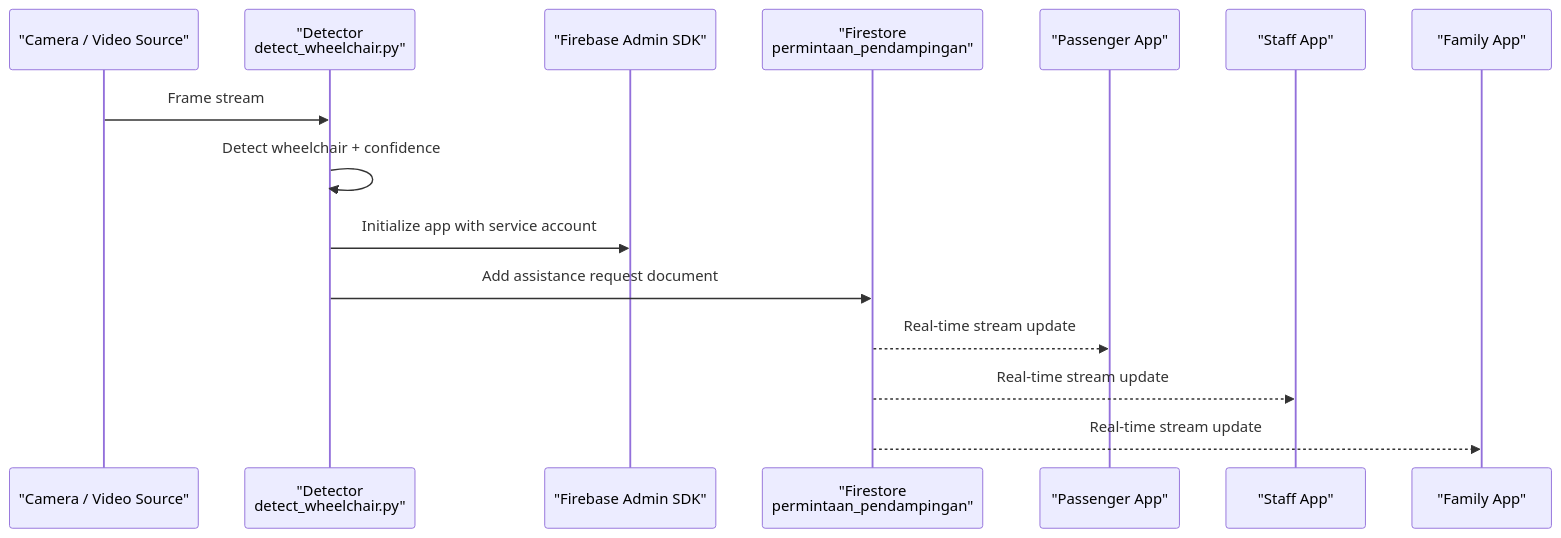
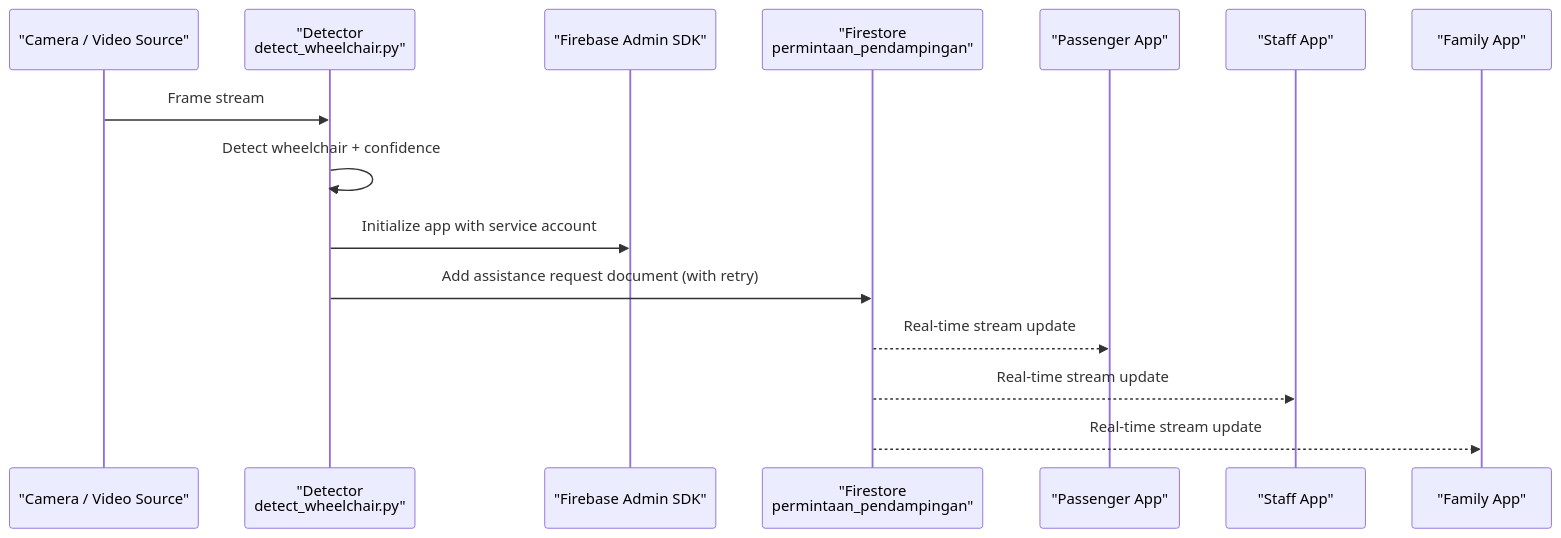
One commit to rdsarjito/whoosh-ramah changed the second of 7 diagrams in .qoder/repowiki/en/content/AI Detection System/Firebase Integration.md. Above: the diagram before and after it, drawn with Mermaid. The commit also changed other lines of this file and 68 other files, not shown here.

````diff
--- a/.qoder/repowiki/en/content/AI Detection System/Firebase Integration.md
+++ b/.qoder/repowiki/en/content/AI Detection System/Firebase Integration.md
@@ -90,17 +100,17 @@
 ```mermaid
 sequenceDiagram
 participant Camera as "Camera / Video Source"
 participant Detector as "Detector<br/>detect_wheelchair.py"
 participant Firebase as "Firebase Admin SDK"
 participant Firestore as "Firestore<br/>permintaan_pendampingan"
 participant PassengerApp as "Passenger App"
 participant StaffApp as "Staff App"
 participant FamilyApp as "Family App"
 Camera->>Detector : Frame stream
 Detector->>Detector : Detect wheelchair + confidence
 Detector->>Firebase : Initialize app with service account
-Detector->>Firestore : Add assistance request document
+Detector->>Firestore : Add assistance request document (with retry)
 Firestore-->>PassengerApp : Real-time stream update
 Firestore-->>StaffApp : Real-time stream update
 Firestore-->>FamilyApp : Real-time stream update
 ```
````
